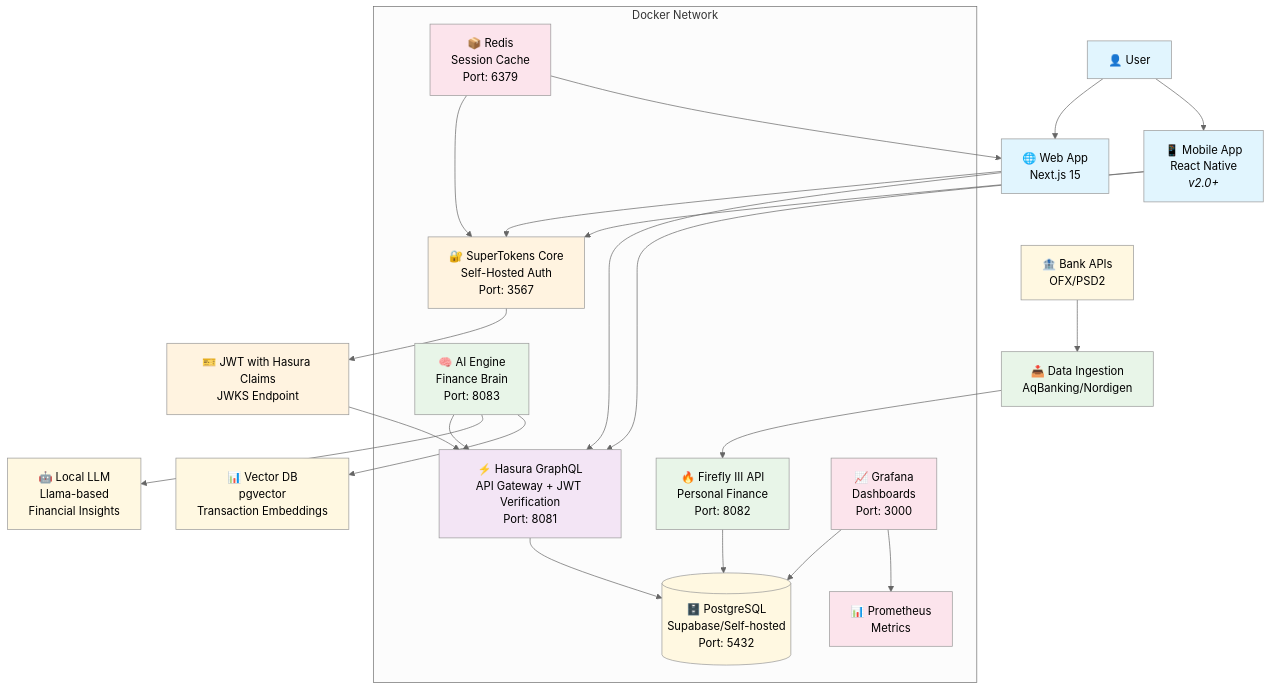
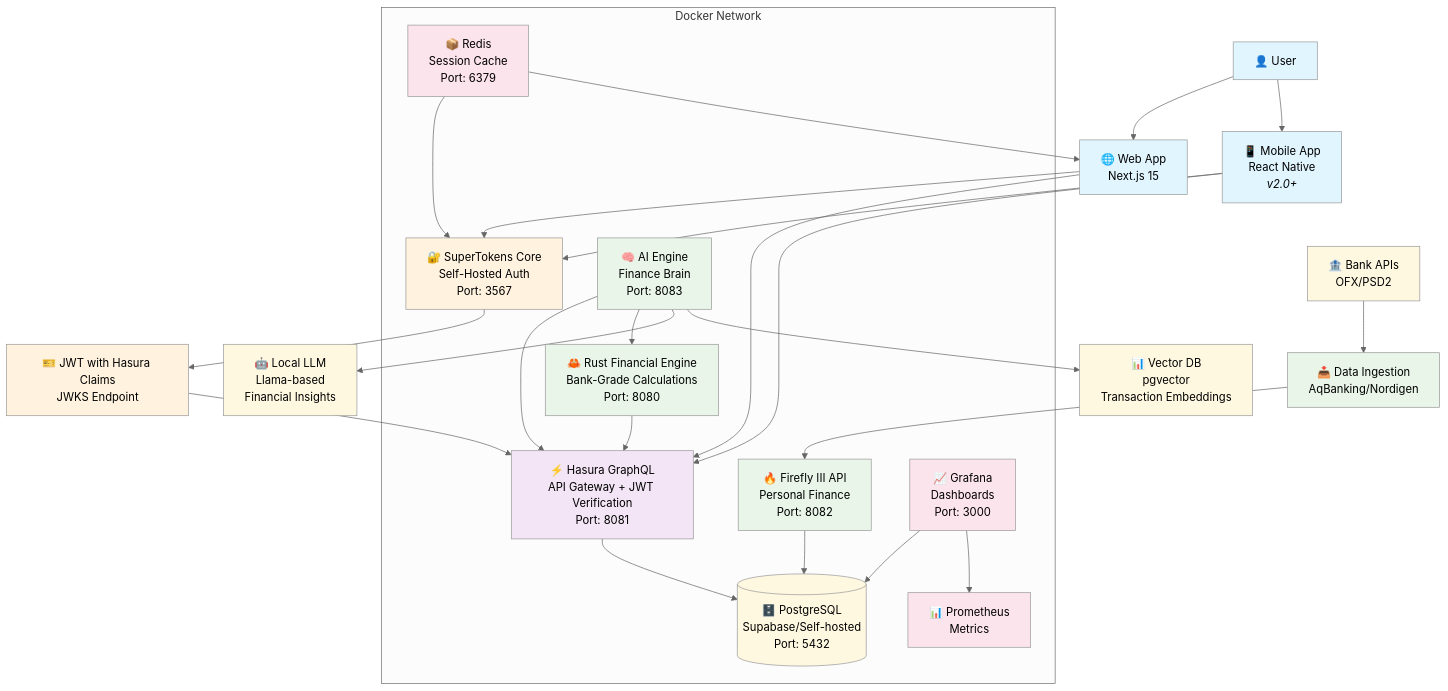
The first of 8 diagrams in docs/memory/knowledge-graph/system-architecture_v1.md (mattjutt1/Atlas-Financial), drawn with Mermaid (neutral theme) before and after one commit. The commit also changed other lines of this file and 33 other files, not shown here.

First line of the commit message:
feat(atlas-financial): complete Phase 1.4 - Hasura GraphQL + Rust Financial Engine integration

````diff
--- a/docs/memory/knowledge-graph/system-architecture_v1.md
+++ b/docs/memory/knowledge-graph/system-architecture_v1.md
@@ -7,64 +7,67 @@
 ```mermaid
 graph TB
     %% User Layer
     User[👤 User] --> WebApp[🌐 Web App<br/>Next.js 15]
     User --> MobileApp[📱 Mobile App<br/>React Native<br/><i>v2.0+</i>]
     
     %% Authentication Layer (UPDATED July 27, 2025)
     WebApp --> SuperTokens[🔐 SuperTokens Core<br/>Self-Hosted Auth<br/>Port: 3567]
     MobileApp --> SuperTokens
     SuperTokens --> JWT[🎫 JWT with Hasura Claims<br/>JWKS Endpoint]
     
     %% API Gateway Layer
     WebApp --> Hasura[⚡ Hasura GraphQL<br/>API Gateway + JWT Verification<br/>Port: 8081]
     MobileApp --> Hasura
     JWT --> Hasura
     
     %% Core Services Layer
     Hasura --> PostgreSQL[(🗄️ PostgreSQL<br/>Supabase/Self-hosted<br/>Port: 5432)]
     FireflyAPI[🔥 Firefly III API<br/>Personal Finance<br/>Port: 8082] --> PostgreSQL
+    RustFinancial[🦀 Rust Financial Engine<br/>Bank-Grade Calculations<br/>Port: 8080] --> Hasura
     
     %% AI & Processing Layer
     AIEngine[🧠 AI Engine<br/>Finance Brain<br/>Port: 8083] --> Hasura
+    AIEngine --> RustFinancial
     AIEngine --> LLM[🤖 Local LLM<br/>Llama-based<br/>Financial Insights]
     AIEngine --> VectorDB[📊 Vector DB<br/>pgvector<br/>Transaction Embeddings]
     
     %% External Data Sources
     BankAPIs[🏦 Bank APIs<br/>OFX/PSD2] --> DataIngestion[📥 Data Ingestion<br/>AqBanking/Nordigen]
     DataIngestion --> FireflyAPI
     
     %% Observability Layer
     Grafana[📈 Grafana<br/>Dashboards<br/>Port: 3000] --> PostgreSQL
     Grafana --> Prometheus[📊 Prometheus<br/>Metrics]
     
     %% Caching Layer (NEW July 27, 2025)
     Redis[📦 Redis<br/>Session Cache<br/>Port: 6379] --> SuperTokens
     Redis --> WebApp
     
     %% Infrastructure Layer (UPDATED)
     subgraph "Docker Network"
         SuperTokens
         Hasura
         FireflyAPI
+        RustFinancial
         AIEngine
         PostgreSQL
         Grafana
         Prometheus
         Redis
     end
     
     %% Styling
     classDef userLayer fill:#e1f5fe
     classDef authLayer fill:#fff3e0
     classDef apiLayer fill:#f3e5f5
     classDef serviceLayer fill:#e8f5e8
     classDef dataLayer fill:#fff8e1
     classDef infraLayer fill:#fce4ec
     
     class User,WebApp,MobileApp userLayer
     class SuperTokens,JWT authLayer
     class Hasura apiLayer
-    class FireflyAPI,AIEngine,DataIngestion serviceLayer
+    class FireflyAPI,RustFinancial,AIEngine,DataIngestion serviceLayer
     class PostgreSQL,LLM,VectorDB,BankAPIs dataLayer
     class Grafana,Prometheus,Redis infraLayer
 ```
````
